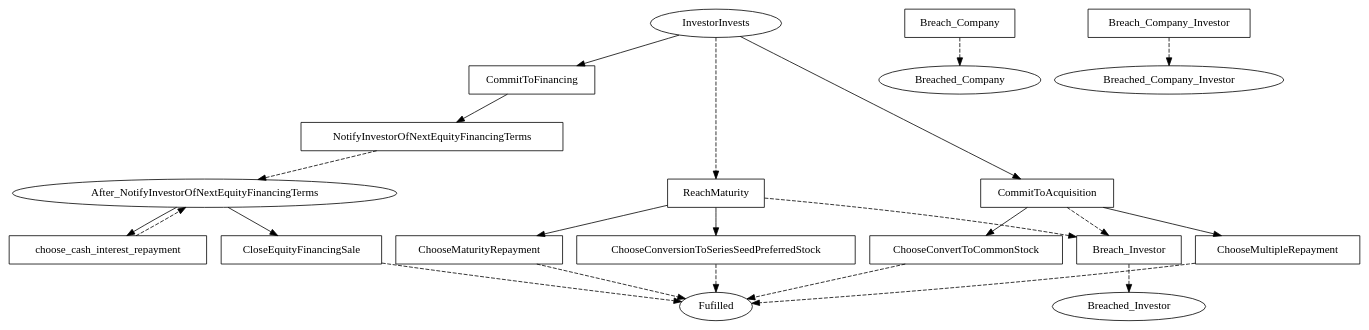
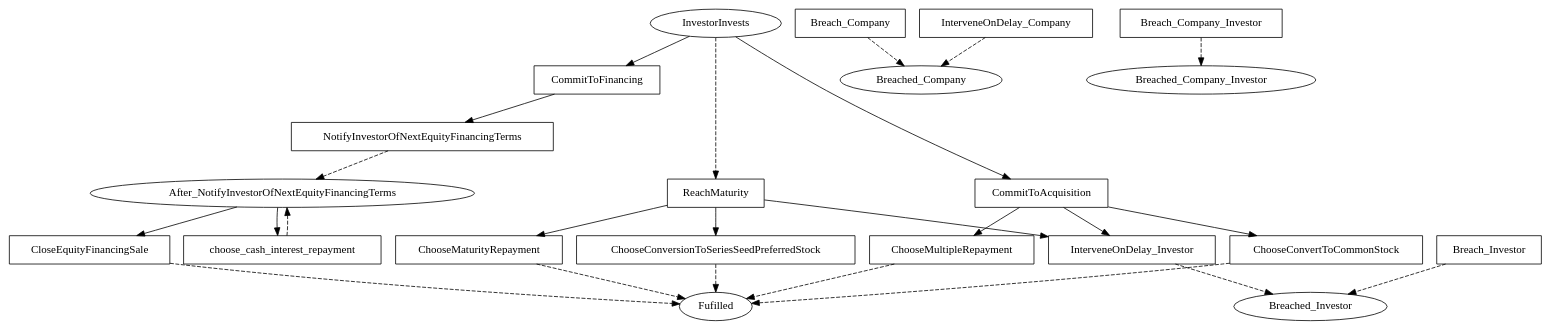
The diagram in linear_state_machine_language/pyL4/examples/out_graphviz/serious/KISS.dot (Marcao02/complaw-deeptech), drawn with Graphviz before and after one commit. The commit also changed 71 other files, not shown here.

Commit message:
eliminate `discretionary` and `should` keywords and introduce `Arbiter` Role and `interveneOnDelay` actions

```diff
--- a/linear_state_machine_language/pyL4/examples/out_graphviz/serious/KISS.dot
+++ b/linear_state_machine_language/pyL4/examples/out_graphviz/serious/KISS.dot
@@ -1,54 +1,58 @@
 // THIS IS A GENERATED FILE. DO NOT EDIT.
 
 digraph KISS {    
     Fulfilled[label=Fufilled];
     InvestorInvests[label=InvestorInvests];
 	After_NotifyInvestorOfNextEquityFinancingTerms[label=After_NotifyInvestorOfNextEquityFinancingTerms];
 	Breached_Investor[label=Breached_Investor];
 	Breached_Company[label=Breached_Company];
 	Breached_Company_Investor[label=Breached_Company_Investor]
     
      
     CommitToFinancing[label=CommitToFinancing,shape=box];
 	NotifyInvestorOfNextEquityFinancingTerms[label=NotifyInvestorOfNextEquityFinancingTerms,shape=box];
 	choose_cash_interest_repayment[label=choose_cash_interest_repayment,shape=box];
 	CloseEquityFinancingSale[label=CloseEquityFinancingSale,shape=box];
 	CommitToAcquisition[label=CommitToAcquisition,shape=box];
 	ChooseMultipleRepayment[label=ChooseMultipleRepayment,shape=box];
 	ChooseConvertToCommonStock[label=ChooseConvertToCommonStock,shape=box];
 	ReachMaturity[label=ReachMaturity,shape=box];
 	ChooseMaturityRepayment[label=ChooseMaturityRepayment,shape=box];
 	ChooseConversionToSeriesSeedPreferredStock[label=ChooseConversionToSeriesSeedPreferredStock,shape=box];
 	Breach_Investor[label=Breach_Investor,shape=box];
 	Breach_Company[label=Breach_Company,shape=box];
-	Breach_Company_Investor[label=Breach_Company_Investor,shape=box]    
+	Breach_Company_Investor[label=Breach_Company_Investor,shape=box];
+	InterveneOnDelay_Investor[label=InterveneOnDelay_Investor,shape=box];
+	InterveneOnDelay_Company[label=InterveneOnDelay_Company,shape=box]    
     
     
     
     InvestorInvests -> CommitToAcquisition;
 	InvestorInvests -> CommitToFinancing;
 	InvestorInvests -> ReachMaturity [style=dashed];
 	CommitToFinancing -> NotifyInvestorOfNextEquityFinancingTerms;
 	After_NotifyInvestorOfNextEquityFinancingTerms -> choose_cash_interest_repayment;
 	After_NotifyInvestorOfNextEquityFinancingTerms -> CloseEquityFinancingSale;
 	CommitToAcquisition -> ChooseMultipleRepayment;
 	CommitToAcquisition -> ChooseConvertToCommonStock;
-	CommitToAcquisition -> Breach_Investor [style=dashed];
+	CommitToAcquisition -> InterveneOnDelay_Investor;
 	ReachMaturity -> ChooseConversionToSeriesSeedPreferredStock;
 	ReachMaturity -> ChooseMaturityRepayment;
-	ReachMaturity -> Breach_Investor [style=dashed]
+	ReachMaturity -> InterveneOnDelay_Investor
     
     NotifyInvestorOfNextEquityFinancingTerms -> After_NotifyInvestorOfNextEquityFinancingTerms [style=dashed];
 	CloseEquityFinancingSale -> Fulfilled [style=dashed];
 	ChooseMultipleRepayment -> Fulfilled [style=dashed];
 	ChooseConvertToCommonStock -> Fulfilled [style=dashed];
 	ChooseMaturityRepayment -> Fulfilled [style=dashed];
 	ChooseConversionToSeriesSeedPreferredStock -> Fulfilled [style=dashed];
 	Breach_Investor -> Breached_Investor [style=dashed];
 	Breach_Company -> Breached_Company [style=dashed];
 	Breach_Company_Investor -> Breached_Company_Investor [style=dashed];
+	InterveneOnDelay_Investor -> Breached_Investor [style=dashed];
+	InterveneOnDelay_Company -> Breached_Company [style=dashed];
 	     
     
     choose_cash_interest_repayment -> After_NotifyInvestorOfNextEquityFinancingTerms [style=dashed];
 	   
 }
```
